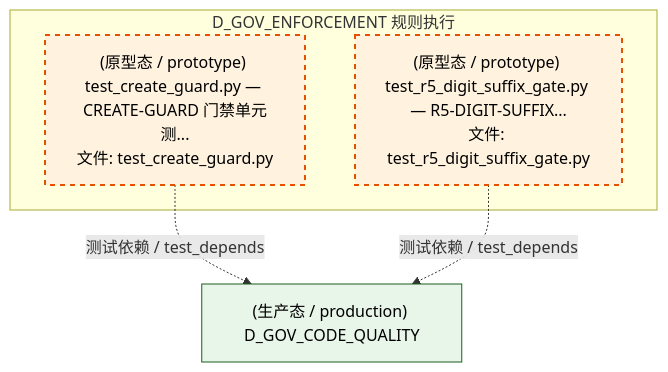
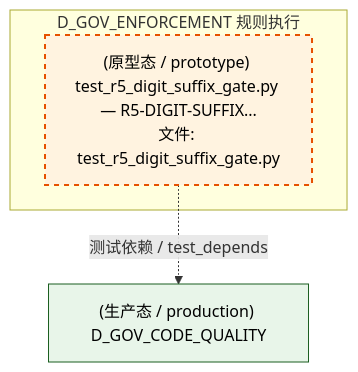
The second of 5 diagrams in docs/02_enterprise_architecture/02_domain_architecture_docs/42_d_gov_enforcement.md (xuanFelixVan/ZephyrAlpha), drawn with Mermaid before and after one commit. The commit also changed other lines of this file and 82 other files, not shown here.

````diff
--- a/docs/02_enterprise_architecture/02_domain_architecture_docs/42_d_gov_enforcement.md
+++ b/docs/02_enterprise_architecture/02_domain_architecture_docs/42_d_gov_enforcement.md
@@ -288,16 +288,14 @@
 ```mermaid
 graph TD
     subgraph D_GOV_ENFORCEMENT["D_GOV_ENFORCEMENT 规则执行"]
-        tests_governance_commit_gates_test_create_guard_py["(原型态 / prototype) test_create_guard.py — CREATE-GUARD 门禁单元测...<br/>文件: test_create_guard.py"]
         tests_governance_commit_gates_test_r5_digit_suffix_gate_py["(原型态 / prototype) test_r5_digit_suffix_gate.py — R5-DIGIT-SUFFIX...<br/>文件: test_r5_digit_suffix_gate.py"]
     end
     D_GOV_CODE_QUALITY["(生产态 / production) D_GOV_CODE_QUALITY"]
-    tests_governance_commit_gates_test_create_guard_py -.->|测试依赖 / test_depends| D_GOV_CODE_QUALITY
     tests_governance_commit_gates_test_r5_digit_suffix_gate_py -.->|测试依赖 / test_depends| D_GOV_CODE_QUALITY
     classDef production fill:#e1f5fe,stroke:#01579b,stroke-width:2px,color:#000
     classDef design fill:#fff3e0,stroke:#e65100,stroke-width:2px,color:#000,stroke-dasharray: 5 5
     classDef external_prod fill:#e8f5e9,stroke:#1b5e20,stroke-width:1px,color:#000
     classDef external_design fill:#fce4ec,stroke:#880e4f,stroke-width:1px,color:#000,stroke-dasharray: 5 5
-    class tests_governance_commit_gates_test_create_guard_py,tests_governance_commit_gates_test_r5_digit_suffix_gate_py design
+    class tests_governance_commit_gates_test_r5_digit_suffix_gate_py design
     class D_GOV_CODE_QUALITY external_prod
 ```
````
